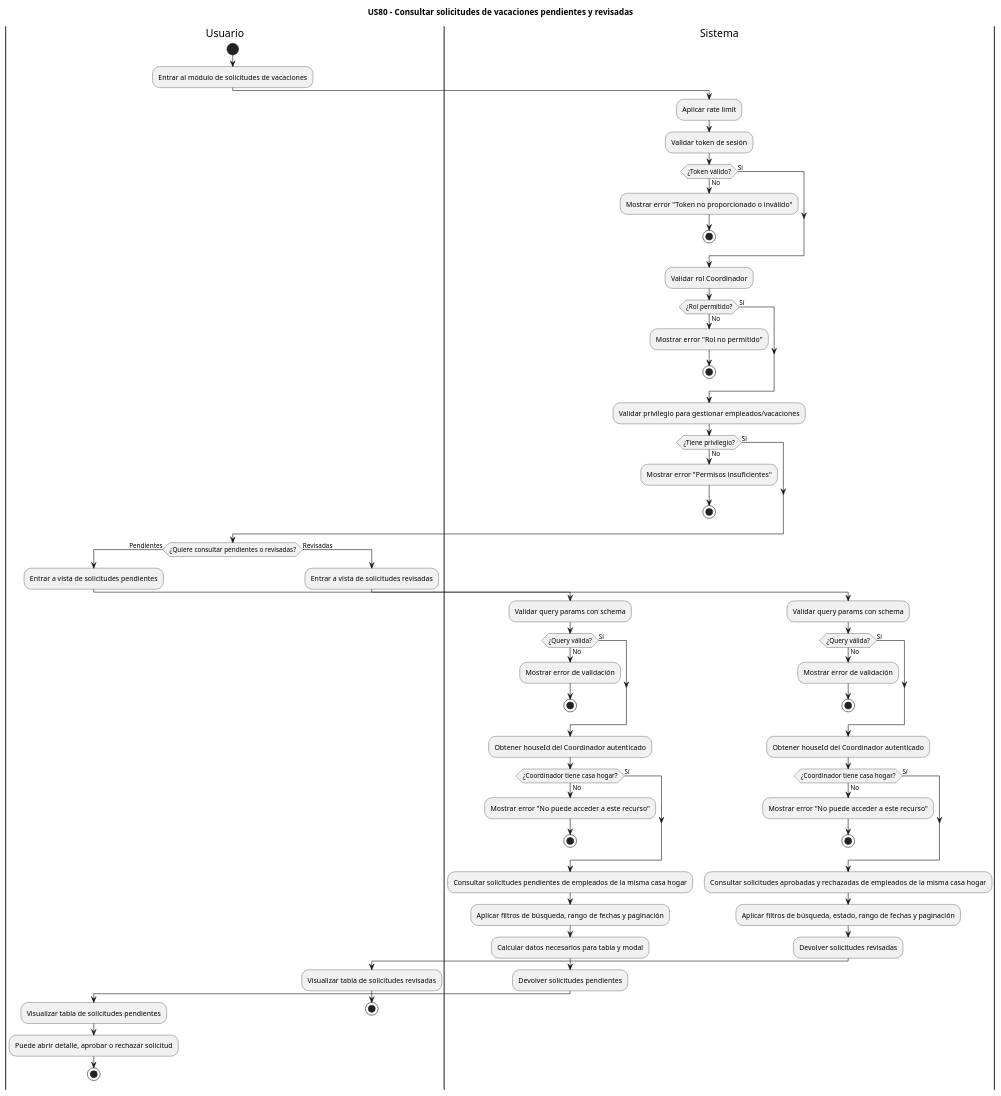
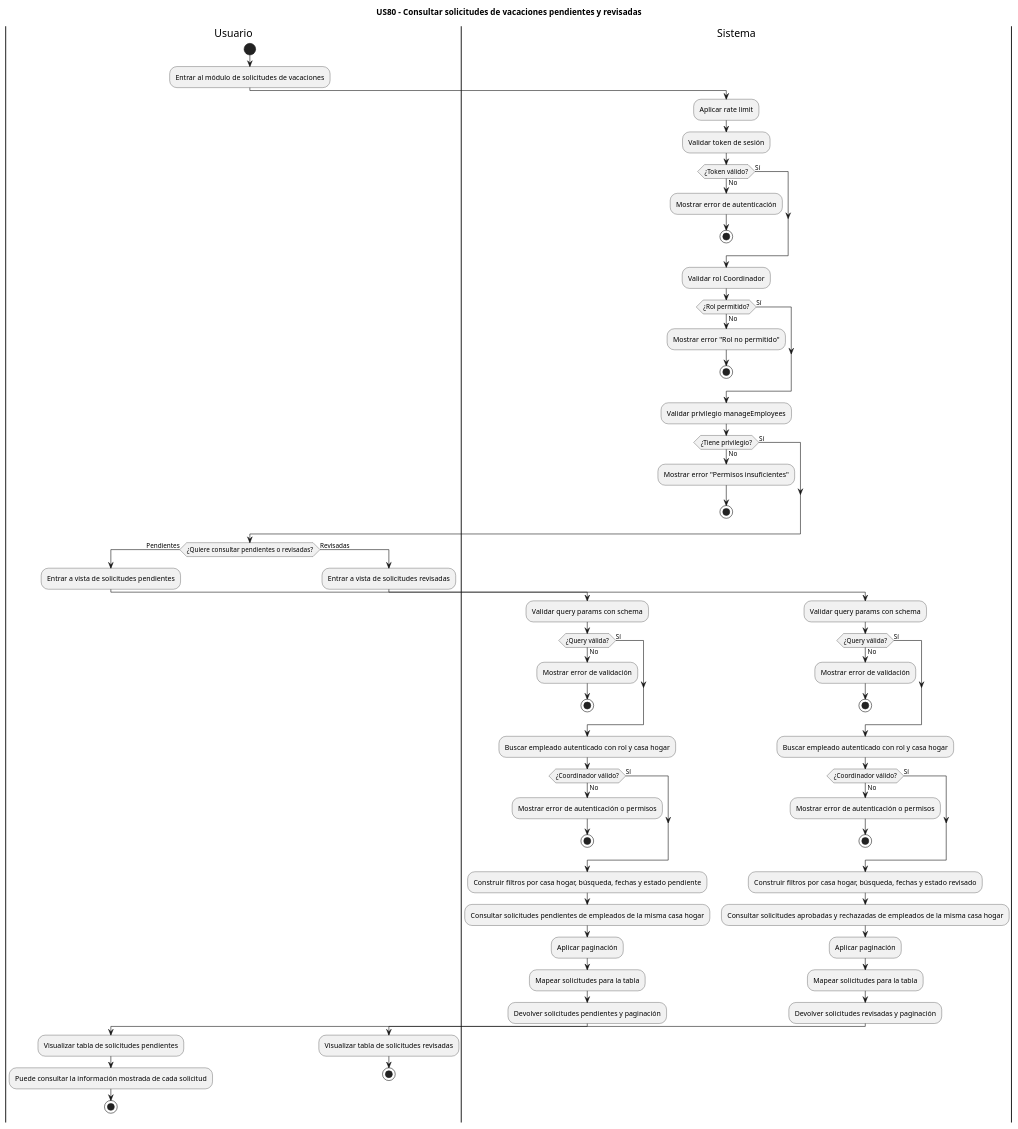
One commit to AztlanConsulting/RCHQ-Back changed the diagram in diagrams/Activity diagram/US80.puml. Above: the diagram before and after it, drawn with PlantUML. The commit also changed 1 other file, not shown here.

Commit message:
docs: actualiza diagramas para flujo final

```diff
--- a/diagrams/Activity diagram/US80.puml
+++ b/diagrams/Activity diagram/US80.puml
@@ -1,92 +1,95 @@
 @startuml
 title US80 - Consultar solicitudes de vacaciones pendientes y revisadas
 
 |Usuario|
 start
 :Entrar al módulo de solicitudes de vacaciones;
 
 |Sistema|
 :Aplicar rate limit;
 :Validar token de sesión;
 
 if (¿Token válido?) then (Sí)
 else (No)
-:Mostrar error "Token no proporcionado o inválido";
+:Mostrar error de autenticación;
 stop
 endif
 
 :Validar rol Coordinador;
 
 if (¿Rol permitido?) then (Sí)
 else (No)
 :Mostrar error "Rol no permitido";
 stop
 endif
 
-:Validar privilegio para gestionar empleados/vacaciones;
+:Validar privilegio manageEmployees;
 
 if (¿Tiene privilegio?) then (Sí)
 else (No)
 :Mostrar error "Permisos insuficientes";
 stop
 endif
 
 |Usuario|
 if (¿Quiere consultar pendientes o revisadas?) then (Pendientes)
 :Entrar a vista de solicitudes pendientes;
 
 |Sistema|
 :Validar query params con schema;
 if (¿Query válida?) then (Sí)
 else (No)
 :Mostrar error de validación;
 stop
 endif
 
-:Obtener houseId del Coordinador autenticado;
+:Buscar empleado autenticado con rol y casa hogar;
 
-if (¿Coordinador tiene casa hogar?) then (Sí)
+if (¿Coordinador válido?) then (Sí)
 else (No)
-:Mostrar error "No puede acceder a este recurso";
+:Mostrar error de autenticación o permisos;
 stop
 endif
 
+:Construir filtros por casa hogar, búsqueda, fechas y estado pendiente;
 :Consultar solicitudes pendientes de empleados de la misma casa hogar;
-:Aplicar filtros de búsqueda, rango de fechas y paginación;
-:Calcular datos necesarios para tabla y modal;
-:Devolver solicitudes pendientes;
+:Aplicar paginación;
+:Mapear solicitudes para la tabla;
+:Devolver solicitudes pendientes y paginación;
 
 |Usuario|
 :Visualizar tabla de solicitudes pendientes;
-:Puede abrir detalle, aprobar o rechazar solicitud;
+:Puede consultar la información mostrada de cada solicitud;
 stop
 
 else (Revisadas)
 :Entrar a vista de solicitudes revisadas;
 
 |Sistema|
 :Validar query params con schema;
 if (¿Query válida?) then (Sí)
 else (No)
 :Mostrar error de validación;
 stop
 endif
 
-:Obtener houseId del Coordinador autenticado;
+:Buscar empleado autenticado con rol y casa hogar;
 
-if (¿Coordinador tiene casa hogar?) then (Sí)
+if (¿Coordinador válido?) then (Sí)
 else (No)
-:Mostrar error "No puede acceder a este recurso";
+:Mostrar error de autenticación o permisos;
 stop
 endif
 
+:Construir filtros por casa hogar, búsqueda, fechas y estado revisado;
 :Consultar solicitudes aprobadas y rechazadas de empleados de la misma casa hogar;
-:Aplicar filtros de búsqueda, estado, rango de fechas y paginación;
-:Devolver solicitudes revisadas;
+:Aplicar paginación;
+:Mapear solicitudes para la tabla;
+:Devolver solicitudes revisadas y paginación;
 
 |Usuario|
 :Visualizar tabla de solicitudes revisadas;
 stop
 endif
 
 @enduml
```
